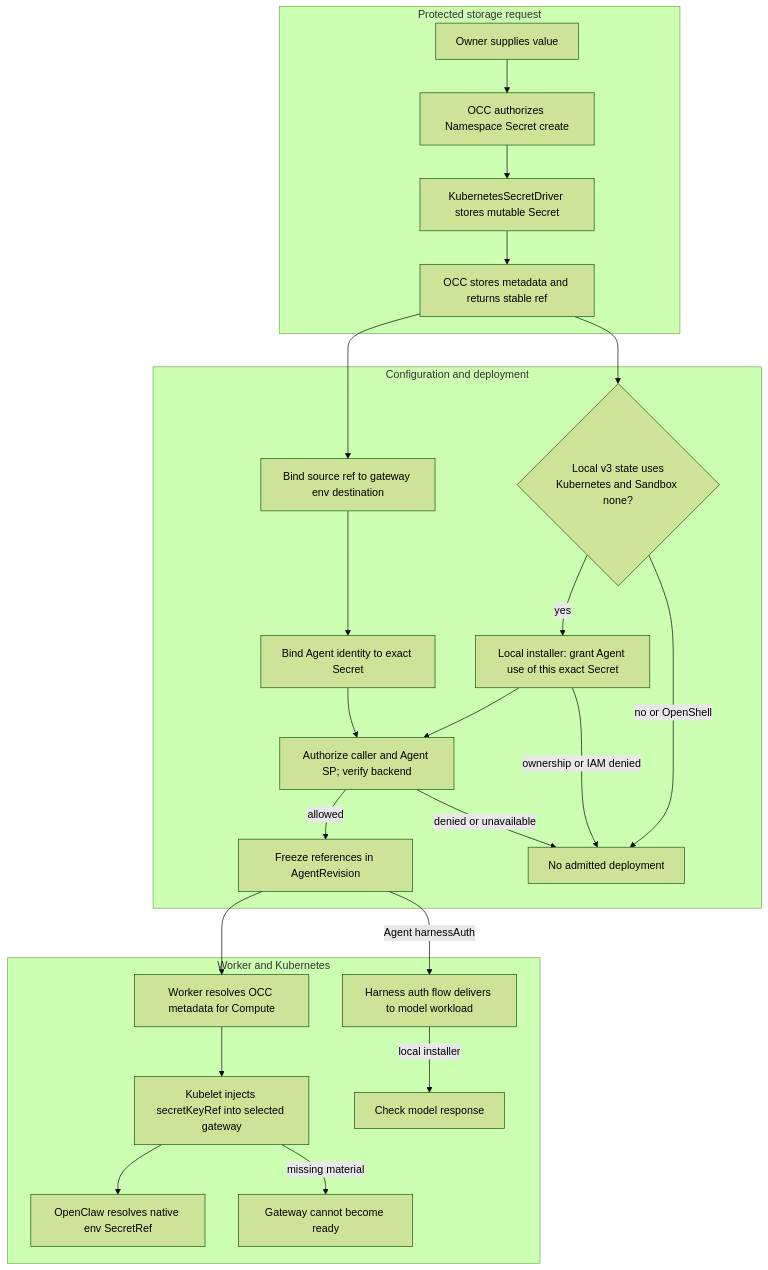
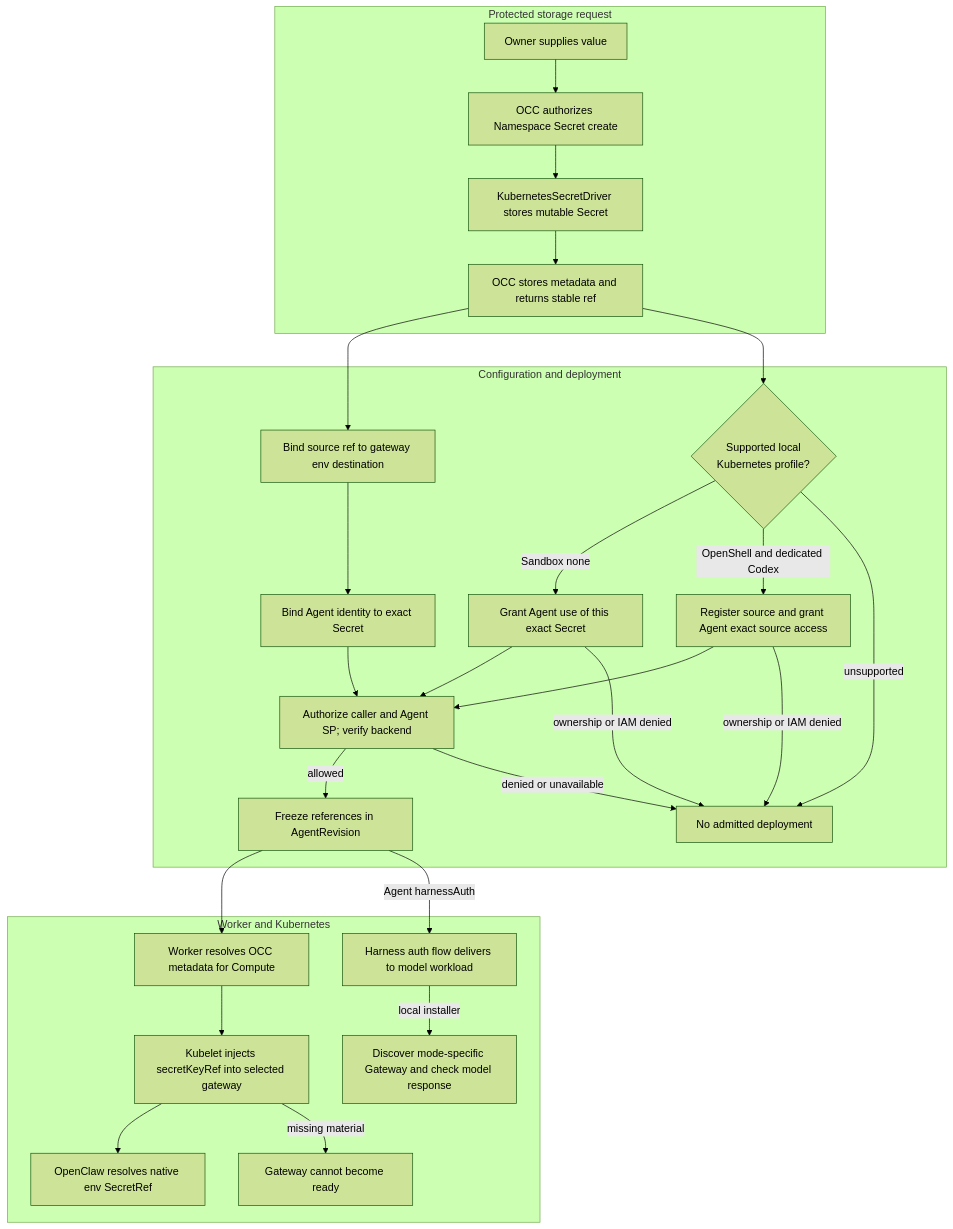
The diagram in docs/flows/secret-storage-and-delivery.md (IsaiahStapleton/openclaw-enterprise), drawn with Mermaid (forest theme) before and after one commit. The commit also changed other lines of this file and 68 other files, not shown here.

Commit message:
feat(openshell): support first-agent Codex flow

````diff
--- a/docs/flows/secret-storage-and-delivery.md
+++ b/docs/flows/secret-storage-and-delivery.md
@@ -40,28 +40,31 @@
 ```mermaid
 graph TD
   subgraph Storage["Protected storage request"]
     A["Owner supplies value"] --> B["OCC authorizes Namespace Secret create"]
     B --> C["KubernetesSecretDriver stores mutable Secret"]
     C --> D["OCC stores metadata and returns stable ref"]
   end
   subgraph Admission["Configuration and deployment"]
     D --> E["Bind source ref to gateway env destination"]
     E --> P["Bind Agent identity to exact Secret"]
     P --> F["Authorize caller and Agent SP; verify backend"]
     F -->|allowed| G["Freeze references in AgentRevision"]
     F -->|denied or unavailable| X["No admitted deployment"]
-    D --> K{"Local v3 state uses<br/>Kubernetes and Sandbox none?"}
-    K -->|yes| L["Local installer: grant Agent use of this exact Secret"]
-    K -->|no or OpenShell| X
+    D --> K{"Supported local<br/>Kubernetes profile?"}
+    K -->|Sandbox none| L["Grant Agent use of this exact Secret"]
+    K -->|OpenShell and dedicated Codex| M["Register source and grant Agent exact source access"]
+    K -->|unsupported| X
     L --> F
+    M --> F
     L -->|ownership or IAM denied| X
+    M -->|ownership or IAM denied| X
   end
   subgraph Runtime["Worker and Kubernetes"]
     G --> H["Worker resolves OCC metadata for Compute"]
     H --> I["Kubelet injects secretKeyRef into selected gateway"]
     I --> J["OpenClaw resolves native env SecretRef"]
     I -->|missing material| Y["Gateway cannot become ready"]
     G -->|Agent harnessAuth| W["Harness auth flow delivers to model workload"]
-    W -->|local installer| V["Check model response"]
+    W -->|local installer| V["Discover mode-specific Gateway and check model response"]
   end
 ```
````
